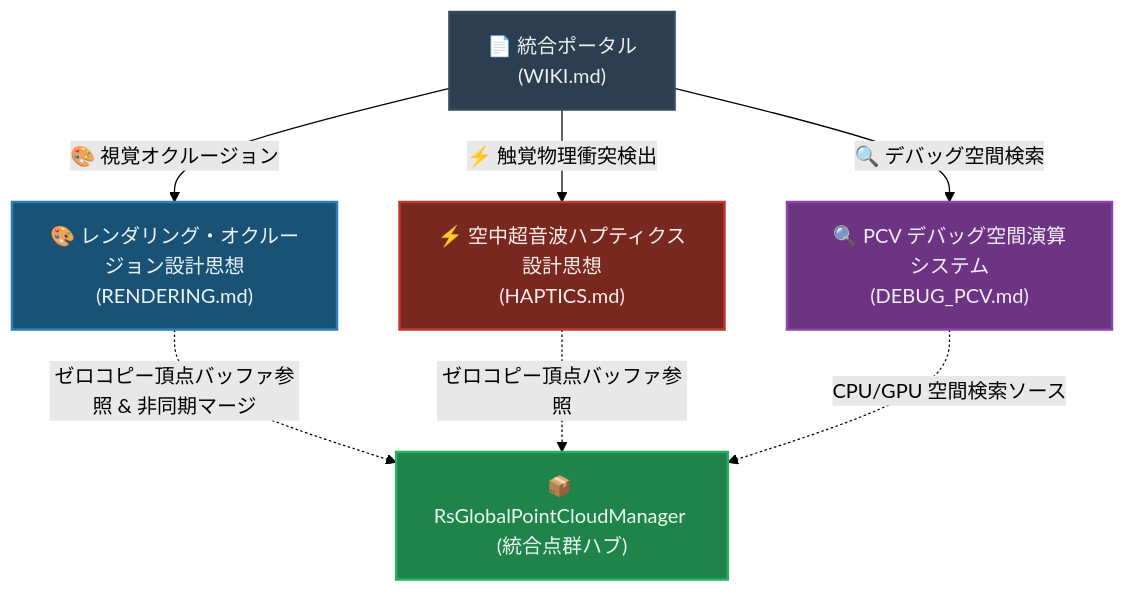
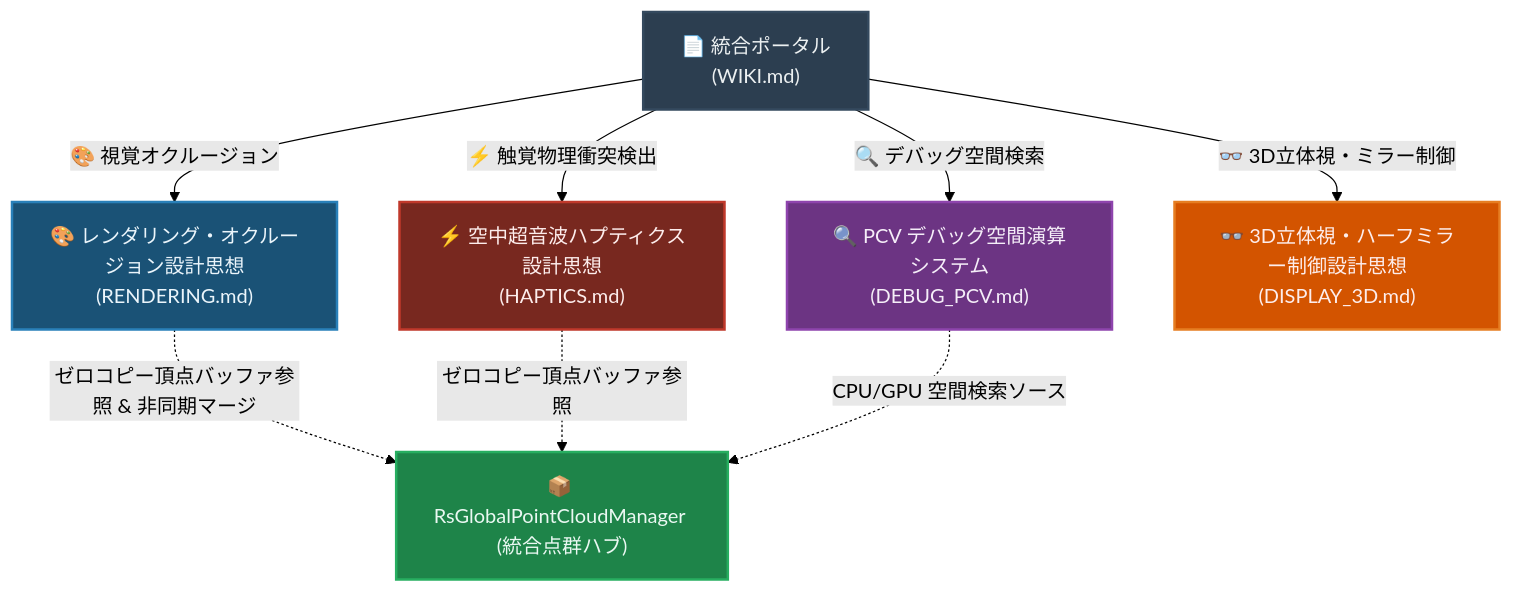
One commit to kotetsuOU/HandTrakingDemo changed the diagram in WIKI.md. Above: the diagram before and after it, drawn with Mermaid (forest theme). The commit also changed other lines of this file and 31 other files, not shown here.

````diff
--- a/WIKI.md
+++ b/WIKI.md
@@ -13,23 +13,25 @@
 ```mermaid
 graph TD
     %% スタイル定義
     classDef main fill:#2C3E50,stroke:#34495E,stroke-width:2px,color:#ECF0F1;
     classDef render fill:#1A5276,stroke:#2980B9,stroke-width:2px,color:#EBF5FB;
     classDef haptic fill:#78281F,stroke:#C0392B,stroke-width:2px,color:#FDEDEC;
     classDef debug fill:#6C3483,stroke:#8E44AD,stroke-width:2px,color:#F5EEF8;
     classDef common fill:#1E8449,stroke:#27AE60,stroke-width:2px,color:#EAF8F2;
+    classDef display fill:#D35400,stroke:#E67E22,stroke-width:2px,color:#FDEDEC;
 
     %% ノード定義
     WIKI["📄 統合ポータル<br/>(WIKI.md)"]:::main
     
     %% サブシステム分離
     WIKI -->|"🎨 視覚オクルージョン"| RenderNode["🎨 レンダリング・オクルージョン設計思想<br/>(RENDERING.md)"]:::render
     WIKI -->|"⚡ 触覚物理衝突検出"| HapticsNode["⚡ 空中超音波ハプティクス設計思想<br/>(HAPTICS.md)"]:::haptic
     WIKI -->|"🔍 デバッグ空間検索"| DebugNode["🔍 PCV デバッグ空間演算システム<br/>(DEBUG_PCV.md)"]:::debug
+    WIKI -->|"👓 3D立体視・ミラー制御"| DisplayNode["👓 3D立体視・ハーフミラー制御設計思想<br/>(DISPLAY_3D.md)"]:::display
 
     %% 共通データハブ
     GlobalManager["📦 RsGlobalPointCloudManager (統合点群ハブ)"]:::common
     RenderNode -.->|ゼロコピー頂点バッファ参照 & 非同期マージ| GlobalManager
     HapticsNode -.->|ゼロコピー頂点バッファ参照| GlobalManager
     DebugNode -.->|CPU/GPU 空間検索ソース| GlobalManager
 ```
````
